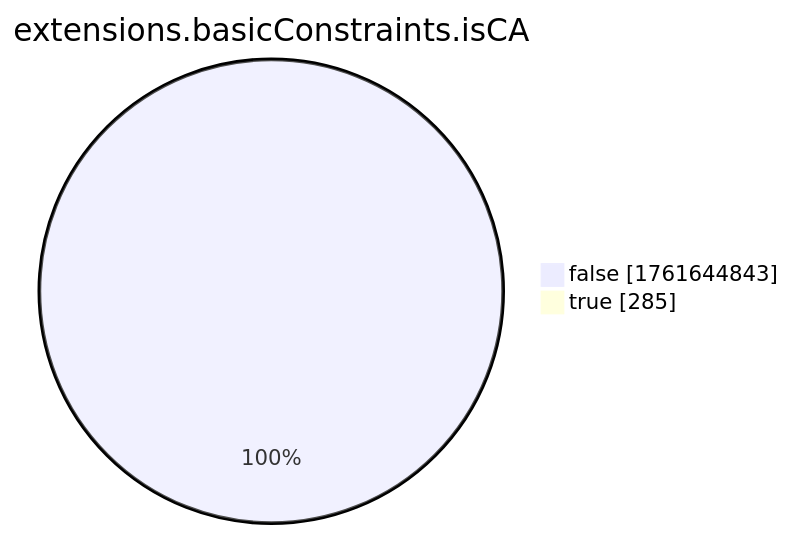
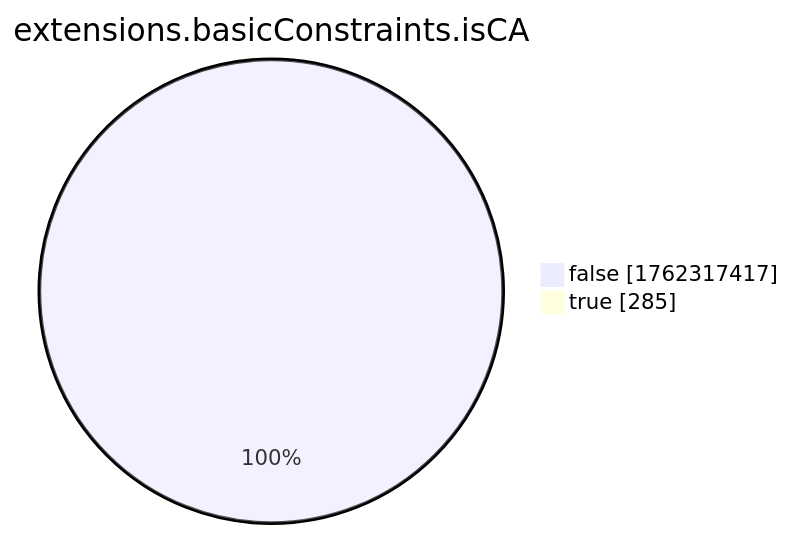
Before and after one commit to christiankrug/ctmonitor_visualization: the eighth of 15 diagrams in xenon2022/README.md, drawn with Mermaid. The commit also changed other lines of this file, not shown here.

````diff
--- a/xenon2022/README.md
+++ b/xenon2022/README.md
@@ -2868,6 +2868,6 @@
 ```mermaid
 pie showData
 title extensions.basicConstraints.isCA
-"false" :1761644843
+"false" :1762317417
 "true" :285
 ```
````
